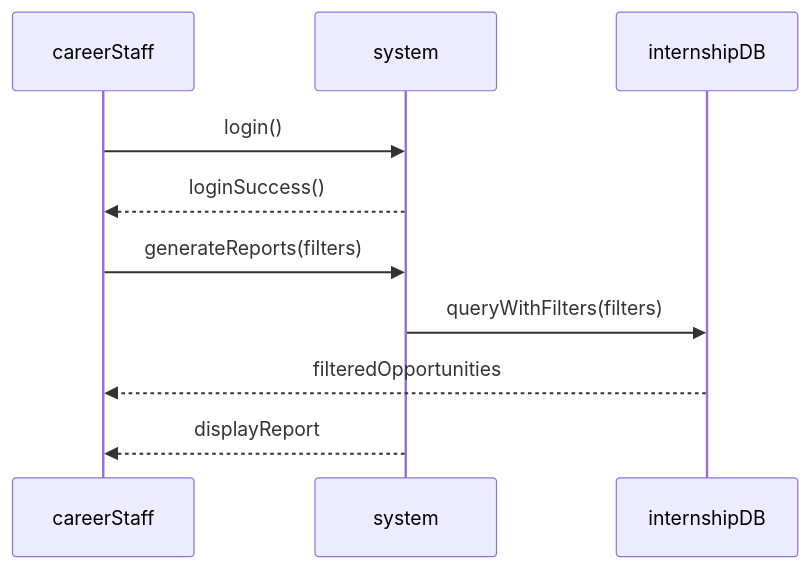
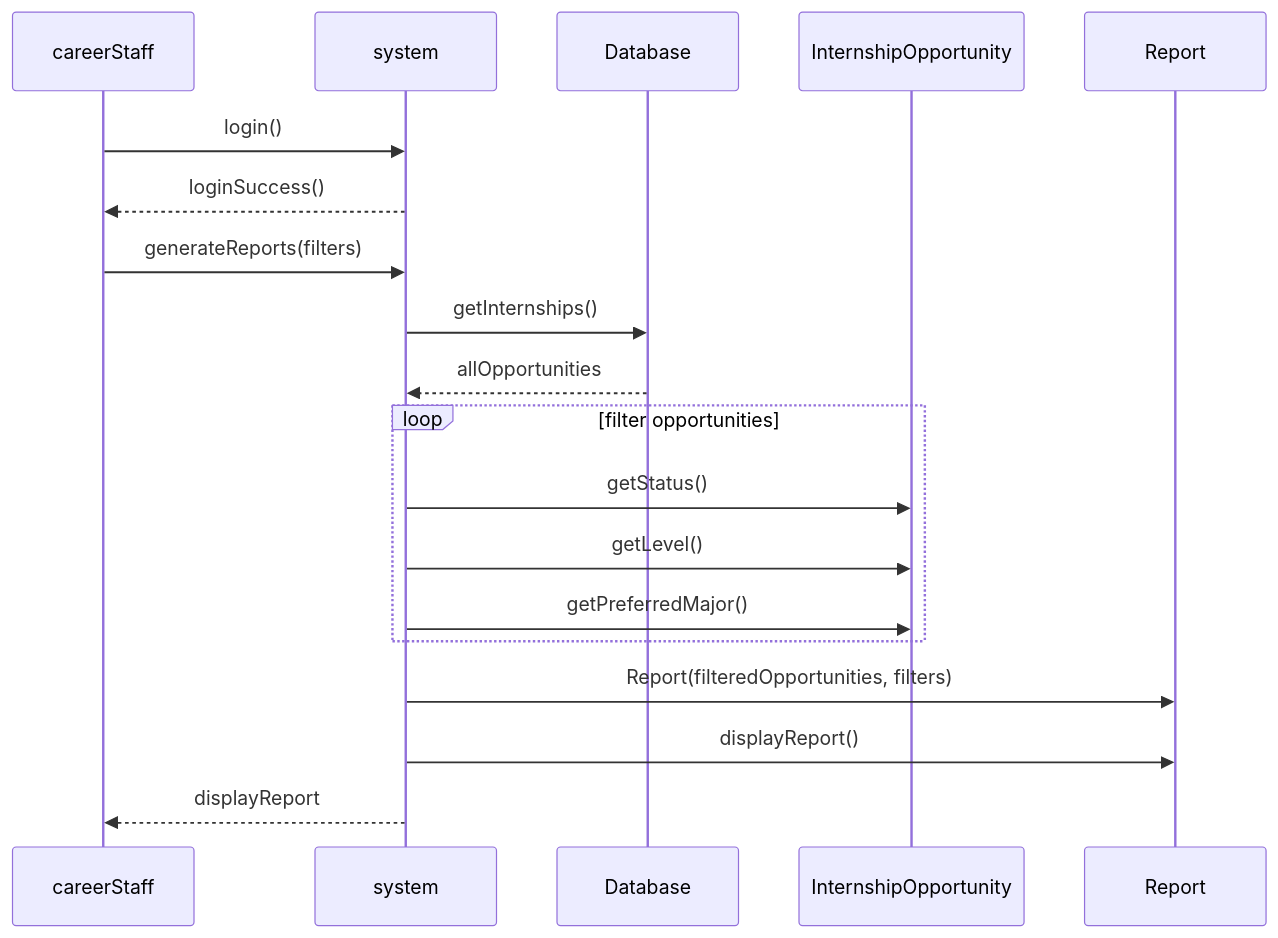
The sixth of 8 diagrams in README.md (AY25-26-Sem-1-SC2002-SDDA-Group-1/sc2002-oop-assignment), drawn with Mermaid before and after one commit. The commit also changed other lines of this file, not shown here.

Commit message:
Updated UML diagrams with helper I/O Class

````diff
--- a/README.md
+++ b/README.md
@@ -297,15 +415,22 @@
 ```mermaid
 sequenceDiagram
     participant careerStaff
     participant system
-    participant internshipDB
+    participant Database
 
     careerStaff->>system: login()
     system-->>careerStaff: loginSuccess()
 
     careerStaff->>system: generateReports(filters)
-    system->>internshipDB: queryWithFilters(filters)
-    internshipDB-->>careerStaff: filteredOpportunities
+    system->>Database: getInternships()
+    Database-->>system: allOpportunities
+    loop filter opportunities
+        system->>InternshipOpportunity: getStatus()
+        system->>InternshipOpportunity: getLevel()
+        system->>InternshipOpportunity: getPreferredMajor()
+    end
+    system->>Report: Report(filteredOpportunities, filters)
+    system->>Report: displayReport()
     system-->>careerStaff: displayReport
 
 ```
````
